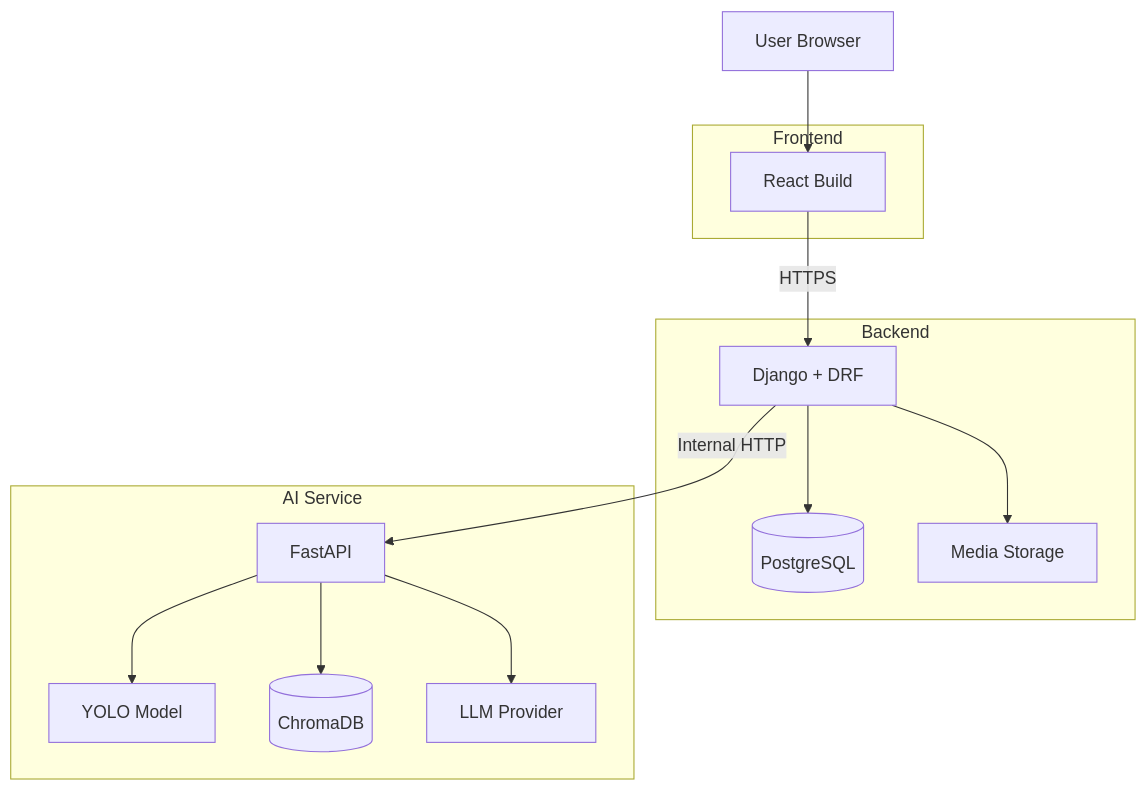
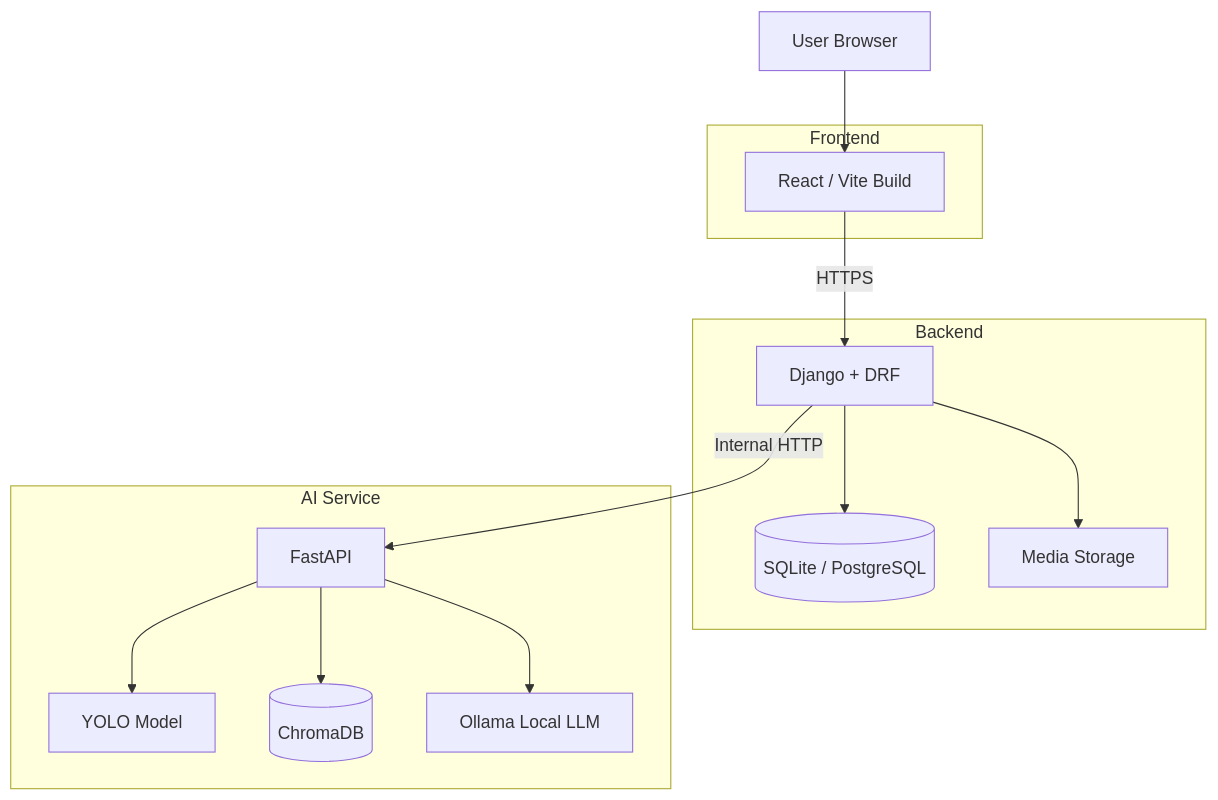
The eighth of 10 diagrams in docs/full_backend_system_blueprint.md (HimalBhandari05/Nepali-Diet-Advisory-System), drawn with Mermaid before and after one commit. The commit also changed other lines of this file and 2 other files, not shown here.

Commit message:
docs: update system architecture blueprint and add service startup script

````diff
--- a/docs/full_backend_system_blueprint.md
+++ b/docs/full_backend_system_blueprint.md
@@ -2921,32 +2402,32 @@
 ``` mermaid
 flowchart TB
     User[User Browser]
 
     subgraph FRONT["Frontend"]
-        React[React Build]
+        React[React / Vite Build]
     end
 
     subgraph BACK["Backend"]
         Django[Django + DRF]
-        PostgreSQL[(PostgreSQL)]
+        SQLite[(SQLite / PostgreSQL)]
         Media[Media Storage]
     end
 
     subgraph AI["AI Service"]
         FastAPI[FastAPI]
         YOLO[YOLO Model]
         Chroma[(ChromaDB)]
-        LLM[LLM Provider]
+        LLM[Ollama Local LLM]
     end
 
     User --> React
     React -->|HTTPS| Django
 
-    Django --> PostgreSQL
+    Django --> SQLite
     Django --> Media
     Django -->|Internal HTTP| FastAPI
 
     FastAPI --> YOLO
     FastAPI --> Chroma
     FastAPI --> LLM
 ```
````
